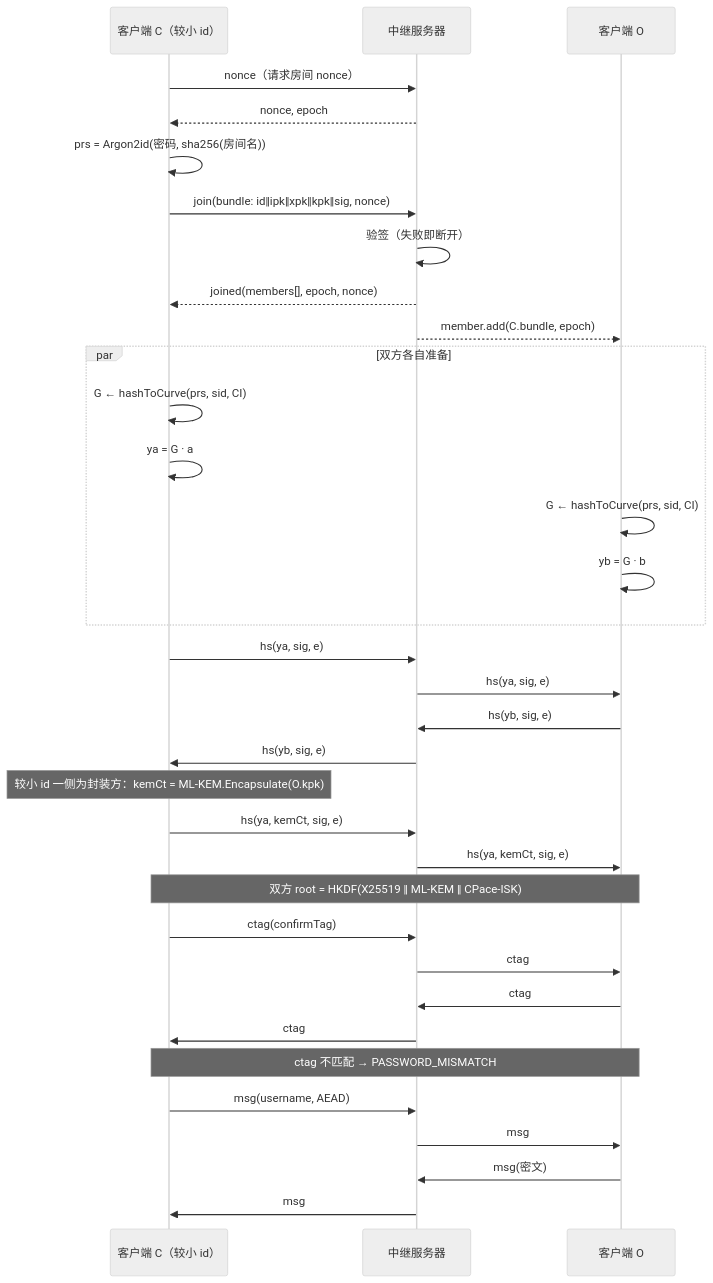
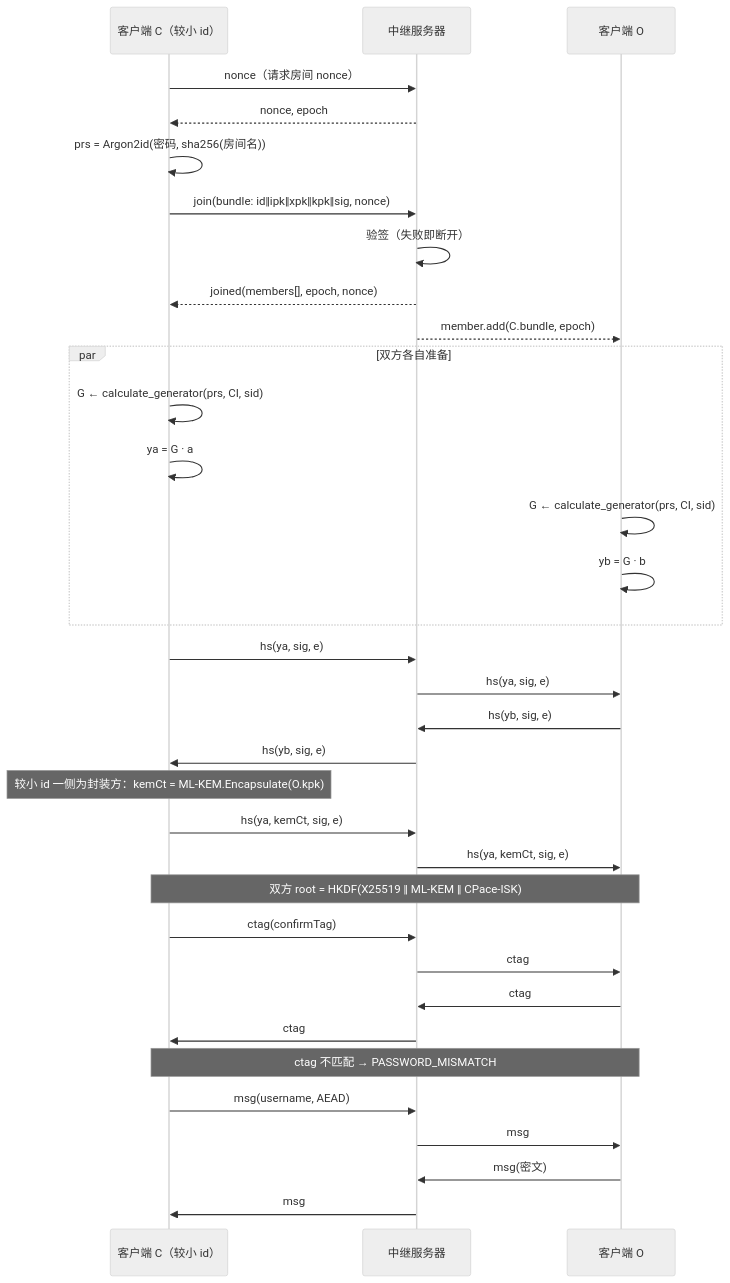
The diagram in README.md (asgitnow/ZQ-Chat), drawn with Mermaid (neutral theme) before and after one commit. The commit also changed other lines of this file and 4 other files, not shown here.

````diff
--- a/README.md
+++ b/README.md
@@ -109,42 +114,42 @@
 ```mermaid
 sequenceDiagram
     participant C as 客户端 C（较小 id）
     participant S as 中继服务器
     participant O as 客户端 O
 
     C->>S: nonce（请求房间 nonce）
     S-->>C: nonce, epoch
     C->>C: prs = Argon2id(密码, sha256(房间名))
     C->>S: join(bundle: id‖ipk‖xpk‖kpk‖sig, nonce)
     S->>S: 验签（失败即断开）
     S-->>C: joined(members[], epoch, nonce)
     S-->>O: member.add(C.bundle, epoch)
 
     par 双方各自准备
-        C->>C: G ← hashToCurve(prs, sid, CI)
+        C->>C: G ← calculate_generator(prs, CI, sid)
         C->>C: ya = G · a
-        O->>O: G ← hashToCurve(prs, sid, CI)
+        O->>O: G ← calculate_generator(prs, CI, sid)
         O->>O: yb = G · b
     end
 
     C->>S: hs(ya, sig, e)
     S->>O: hs(ya, sig, e)
     O->>S: hs(yb, sig, e)
     S->>C: hs(yb, sig, e)
 
     Note over C: 较小 id 一侧为封装方：kemCt = ML-KEM.Encapsulate(O.kpk)
     C->>S: hs(ya, kemCt, sig, e)
     S->>O: hs(ya, kemCt, sig, e)
 
     Note over C,O: 双方 root = HKDF(X25519 ‖ ML-KEM ‖ CPace-ISK)
     C->>S: ctag(confirmTag)
     S->>O: ctag
     O->>S: ctag
     S->>C: ctag
 
     Note over C,O: ctag 不匹配 → PASSWORD_MISMATCH
     C->>S: msg(username, AEAD)
     S->>O: msg
     O->>S: msg(密文)
     S->>C: msg
 ```
````
